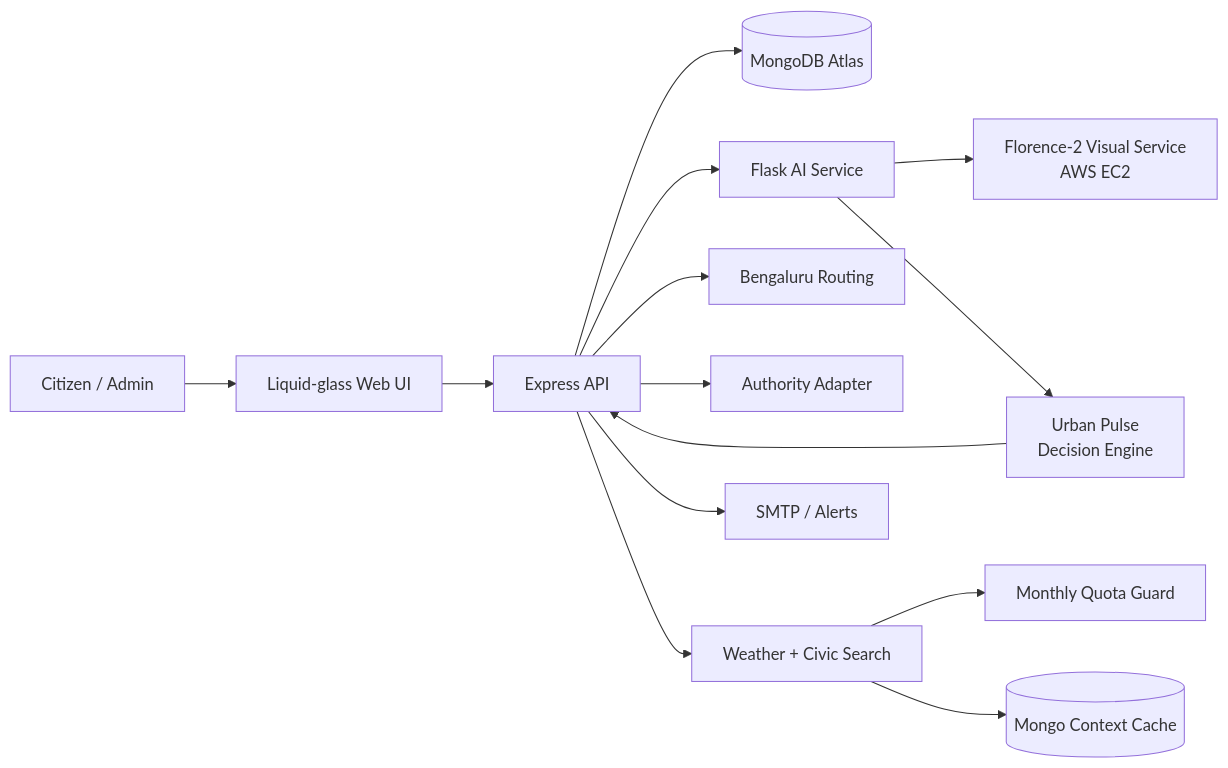
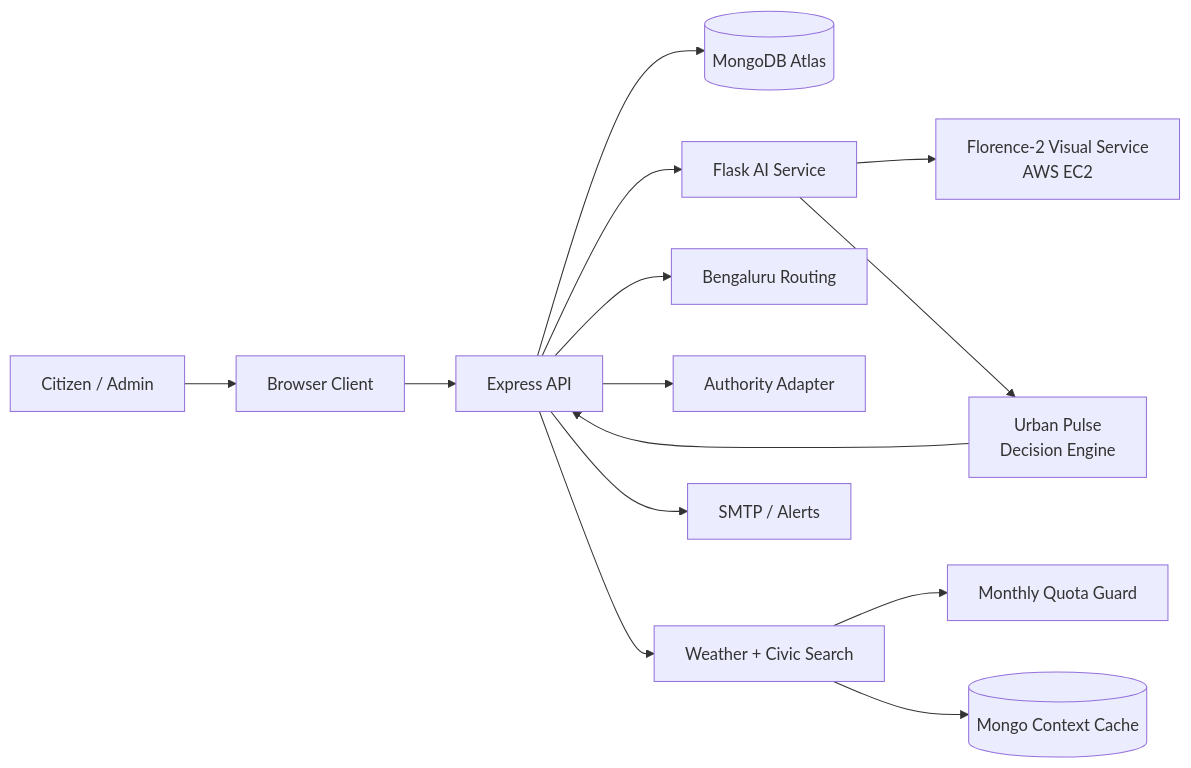
Before and after one commit to Shreyas0047/Ai-powered-Smart-Community-Problem-Detection: the first of 2 diagrams in README.md, drawn with Mermaid. The commit also changed other lines of this file, not shown here.

Commit message:
readme architecture update

```diff
--- a/README.md
+++ b/README.md
@@ -139,16 +139,16 @@
 ~~~mermaid
 flowchart LR
-    Citizen[Citizen / Admin] --> UI[Liquid-glass Web UI]
+    Citizen[Citizen / Admin] --> UI[Browser Client]
     UI --> API[Express API]
     API --> DB[(MongoDB Atlas)]
     API --> AI[Flask AI Service]
     AI --> Florence[Florence-2 Visual Service<br/>AWS EC2]
     AI --> Decision[Urban Pulse<br/>Decision Engine]
     Decision --> API
     API --> Route[Bengaluru Routing]
     API --> Authority[Authority Adapter]
     API --> Context[Weather + Civic Search]
     Context --> Quota[Monthly Quota Guard]
     Context --> Cache[(Mongo Context Cache)]
     API --> Mail[SMTP / Alerts]
 ~~~
```
